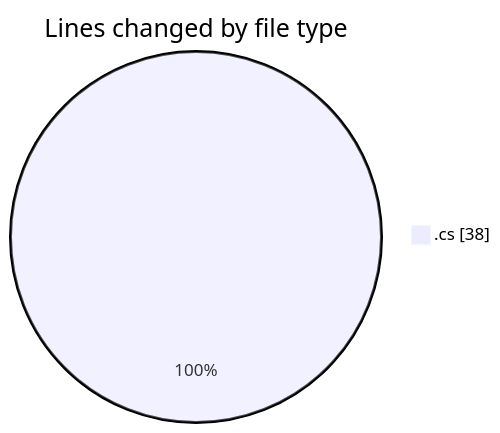
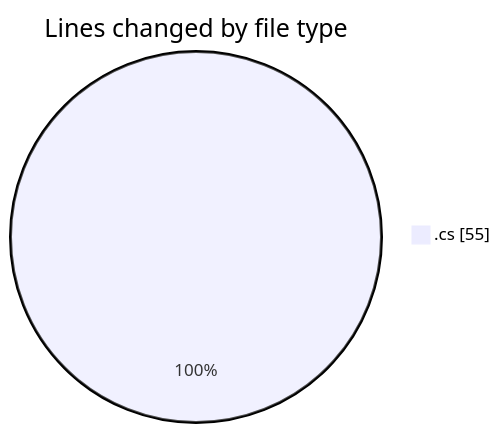
The first of 2 diagrams in 2026-08-27/immersive_codes/README.md (Unknowalive/code-tracking), drawn with Mermaid before and after one commit. The commit also changed other lines of this file and 1 other file, not shown here.

````diff
--- a/2026-08-27/immersive_codes/README.md
+++ b/2026-08-27/immersive_codes/README.md
@@ -20,5 +21,5 @@
 ```mermaid
 pie showData
 title Lines changed by file type
-".cs" : 38
+".cs" : 55
 ```
````
